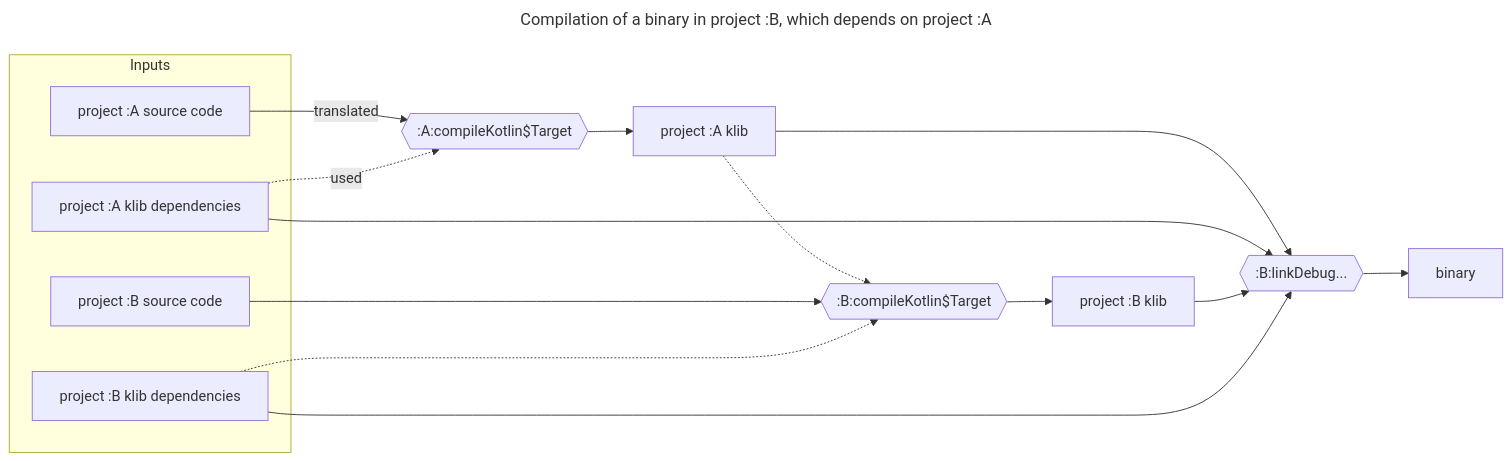
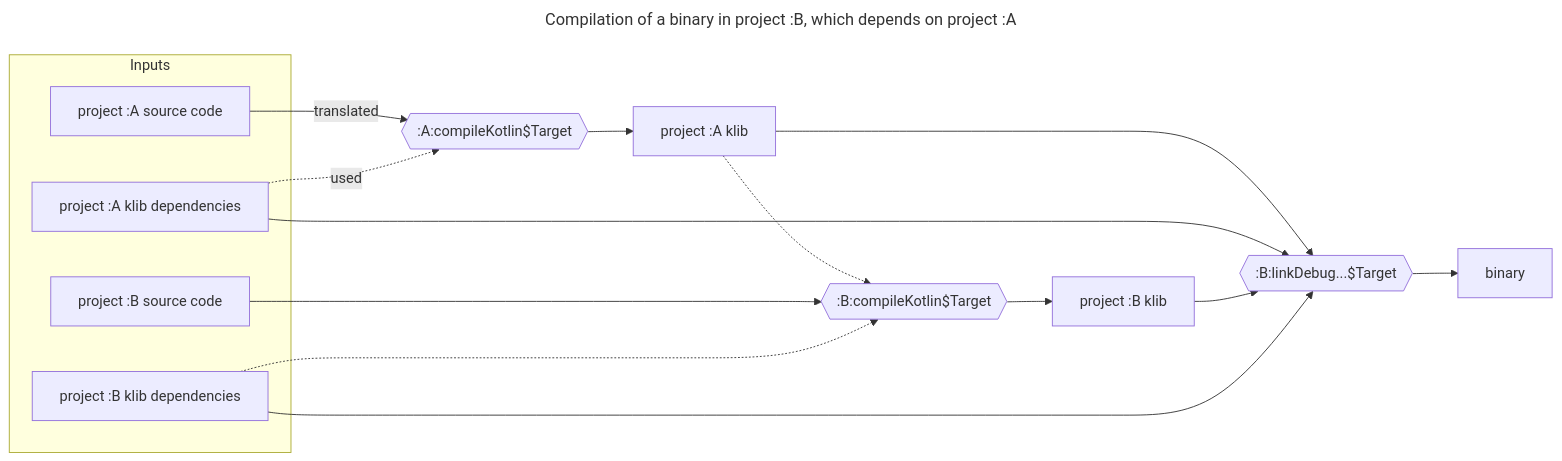
One commit to JetBrains/kotlin changed the first of 5 diagrams in docs/native/compilation-model.md. Above: the diagram before and after it, drawn with Mermaid. The commit also changed other lines of this file and 57 other files, not shown here.

First line of the commit message:
[K/N] Add deep dives and diagrams to the Native knowledge base

````diff
--- a/docs/native/compilation-model.md
+++ b/docs/native/compilation-model.md
@@ -22,38 +22,38 @@
 ```mermaid
 ---
 title: Compilation of a binary in project :B, which depends on project :A
 ---
 flowchart LR
-    subgraph Inputs
-        Asource[project :A source code]
-        Adeps[project :A klib dependencies]
-        Bsource[project :B source code]
-        Bdeps[project :B klib dependencies]
+    subgraph Inputs ["Inputs"]
+        Asource["project :A source code"]
+        Adeps["project :A klib dependencies"]
+        Bsource["project :B source code"]
+        Bdeps["project :B klib dependencies"]
     end
 
-    Acompile{{:A:compileKotlin$Target}}
-    Bcompile{{:B:compileKotlin$Target}}
+    Acompile{{":A:compileKotlin$Target"}}
+    Bcompile{{":B:compileKotlin$Target"}}
 
-    Aklib[project :A klib]
-    Bklib[project :B klib]
+    Aklib["project :A klib"]
+    Bklib["project :B klib"]
 
-    link{{:B:linkDebug...}}
+    linkTask{{":B:linkDebug...$Target"}}
 
     Asource -->|translated| Acompile
     Adeps -.->|used| Acompile
 
     Acompile --> Aklib
 
     Aklib -.-> Bcompile
     Bsource --> Bcompile
     Bdeps -.-> Bcompile
 
     Bcompile --> Bklib
     
-    Aklib --> link
-    Adeps --> link
-    Bklib --> link
-    Bdeps --> link
+    Aklib --> linkTask
+    Adeps --> linkTask
+    Bklib --> linkTask
+    Bdeps --> linkTask
     
-    link --> binary
+    linkTask --> binary
 ```
````
